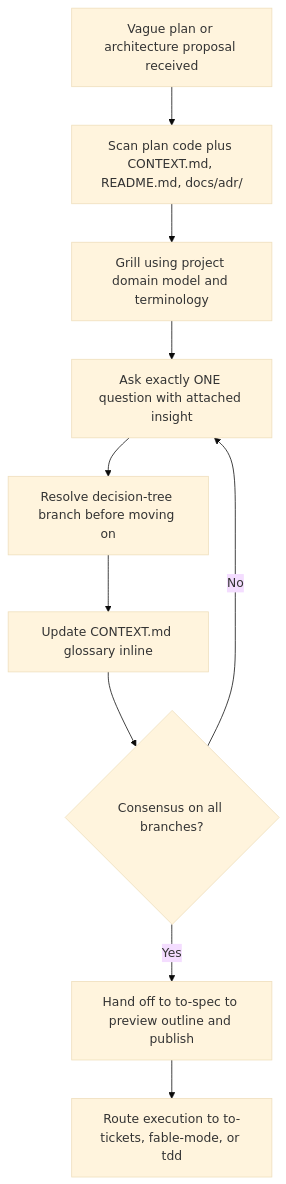
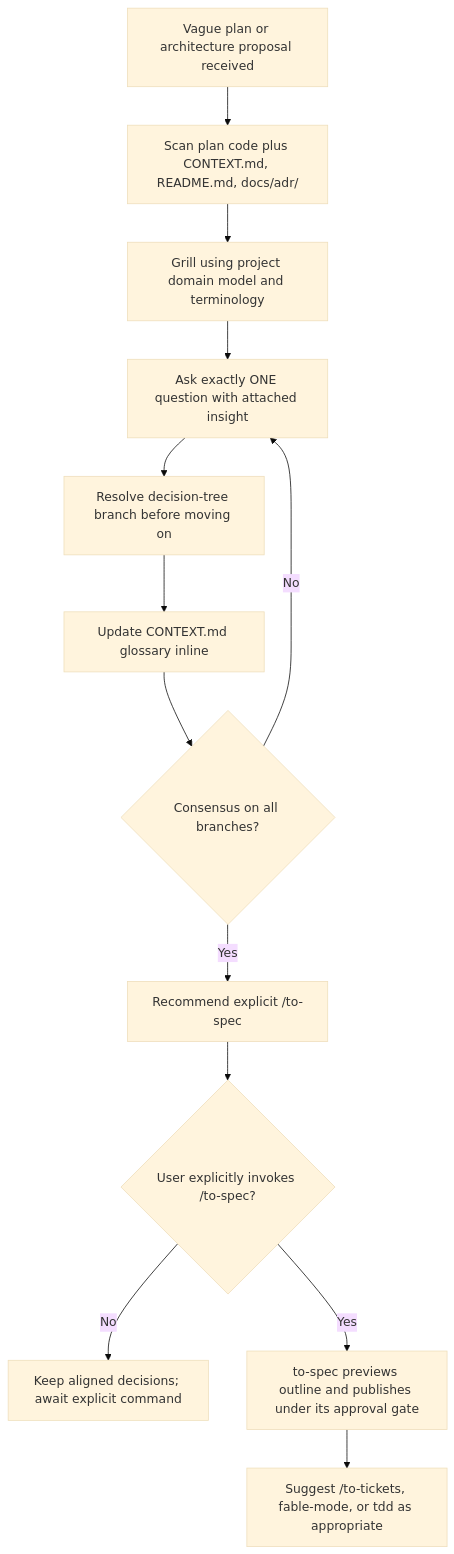
The first of 3 diagrams in docs/workflows/grill-me.md (dyphn1/Harness-everything), drawn with Mermaid (base theme) before and after one commit. The commit also changed other lines of this file, not shown here.

Commit message:
docs(grill): gate to-spec on explicit invocation

````diff
--- a/docs/workflows/grill-me.md
+++ b/docs/workflows/grill-me.md
@@ -9,12 +9,15 @@
 ```mermaid
 graph TD
   Propose["Vague plan or architecture proposal received"] --> Discover["Scan plan code plus CONTEXT.md, README.md, docs/adr/"]
   Discover --> DomainTerms["Grill using project domain model and terminology"]
   DomainTerms --> AskOne["Ask exactly ONE question with attached insight"]
   AskOne --> ResolveBranch["Resolve decision-tree branch before moving on"]
   ResolveBranch --> UpdateGlossary["Update CONTEXT.md glossary inline"]
   UpdateGlossary --> ConsensusCheck{"Consensus on all branches?"}
   ConsensusCheck -->|No| AskOne
-  ConsensusCheck -->|Yes| HandoffSpec["Hand off to to-spec to preview outline and publish"]
-  HandoffSpec --> RouteExec["Route execution to to-tickets, fable-mode, or tdd"]
+  ConsensusCheck -->|Yes| SuggestSpec["Recommend explicit /to-spec"]
+  SuggestSpec --> InvokeSpec{"User explicitly invokes /to-spec?"}
+  InvokeSpec -->|No| Await["Keep aligned decisions; await explicit command"]
+  InvokeSpec -->|Yes| ToSpec["to-spec previews outline and publishes under its approval gate"]
+  ToSpec --> SuggestExec["Suggest /to-tickets, fable-mode, or tdd as appropriate"]
 ```
````
